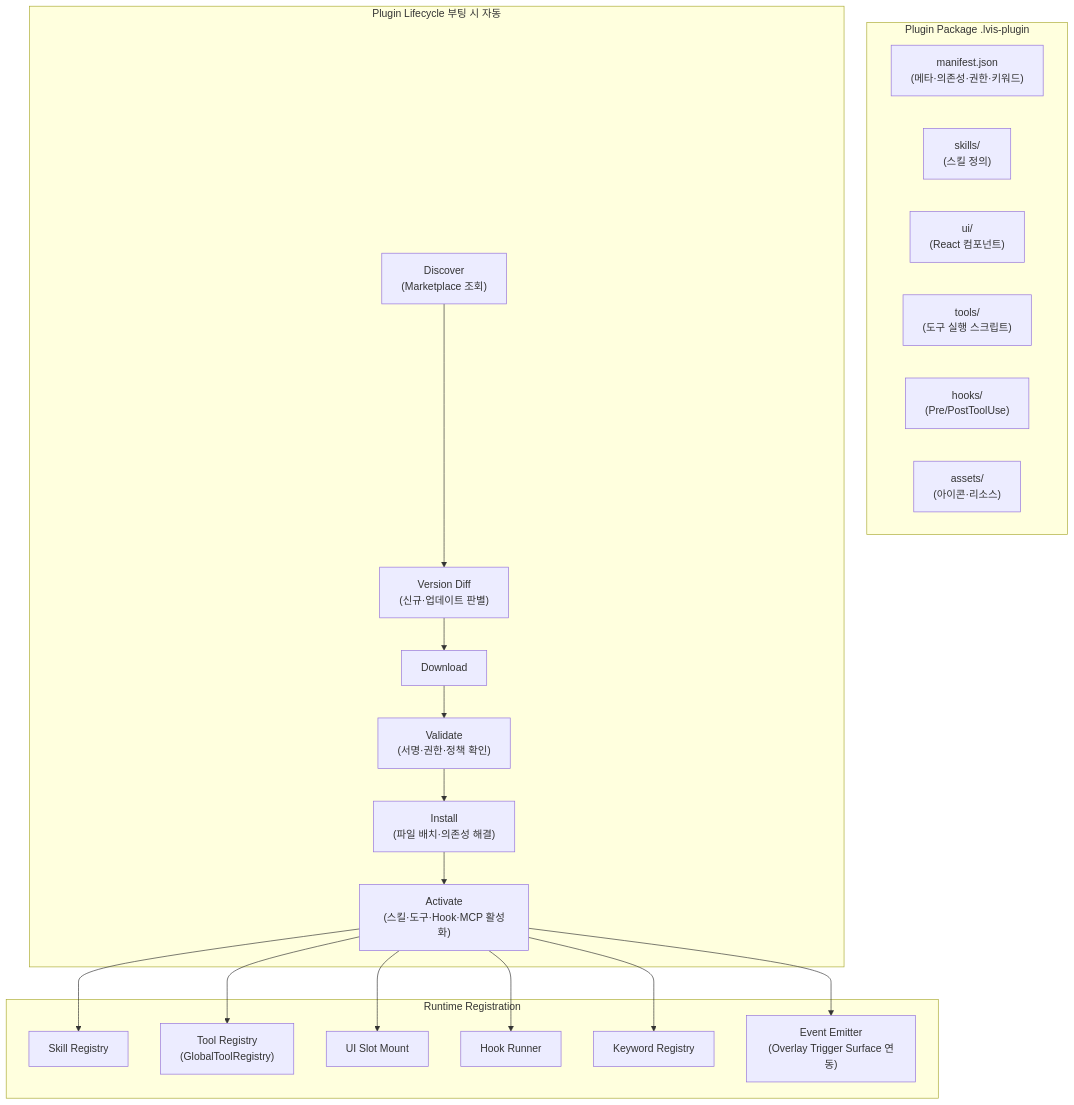
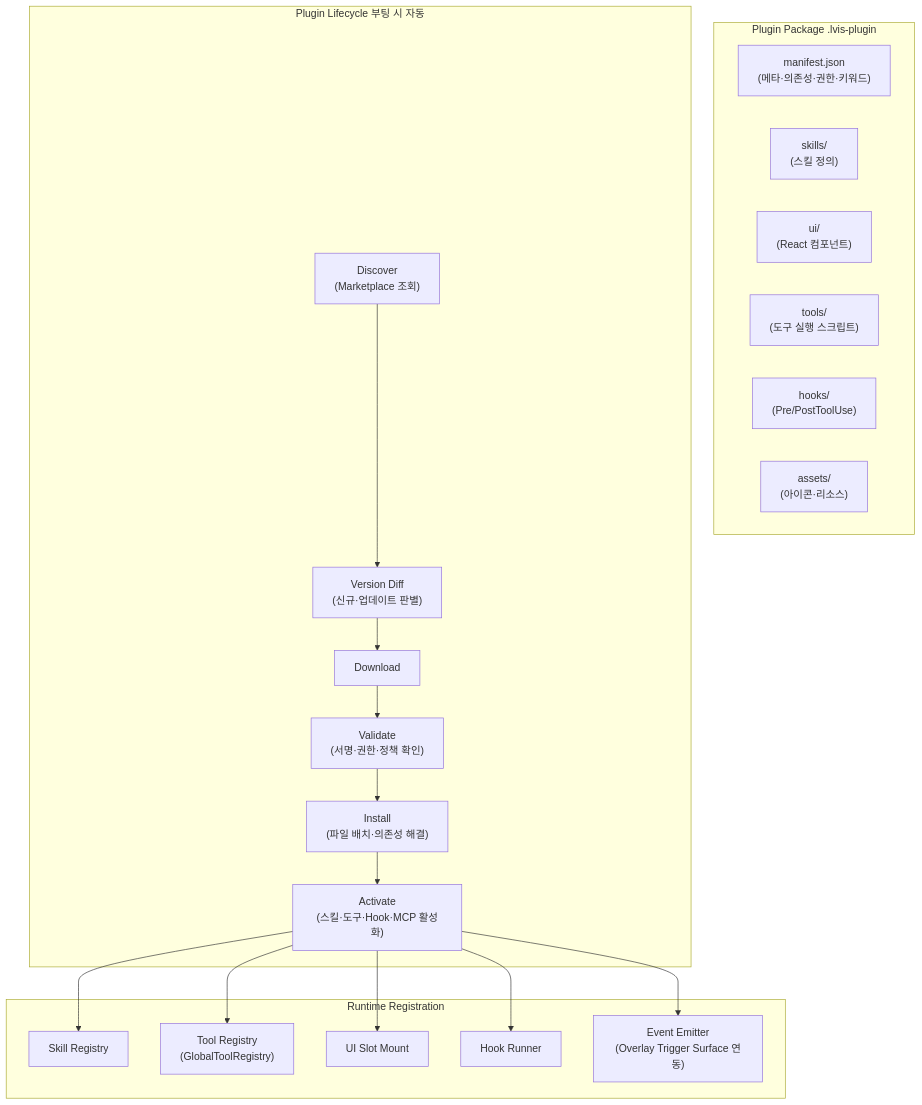
One commit to lvis-project/lvis-app changed diagram 27 of 44 in docs/ko/architecture/architecture.md. Above: the diagram before and after it, drawn with Mermaid. The commit also changed other lines of this file and 10 other files, not shown here.

````diff
--- a/docs/ko/architecture/architecture.md
+++ b/docs/ko/architecture/architecture.md
@@ -2946,38 +2931,36 @@
 ```mermaid
 graph TB
     subgraph "Plugin Package .lvis-plugin"
         MANIFEST["manifest.json<br/>(메타·의존성·권한·키워드)"]
         SKILLS["skills/<br/>(스킬 정의)"]
         UI_COMP["ui/<br/>(React 컴포넌트)"]
         TOOLS["tools/<br/>(도구 실행 스크립트)"]
         HOOKS["hooks/<br/>(Pre/PostToolUse)"]
         ASSETS["assets/<br/>(아이콘·리소스)"]
     end
 
     subgraph "Plugin Lifecycle 부팅 시 자동"
         DISCOVER["Discover<br/>(Marketplace 조회)"]
         DIFF["Version Diff<br/>(신규·업데이트 판별)"]
         DOWNLOAD["Download"]
         VALIDATE["Validate<br/>(서명·권한·정책 확인)"]
         INSTALL["Install<br/>(파일 배치·의존성 해결)"]
         ACTIVATE["Activate<br/>(스킬·도구·Hook·MCP 활성화)"]
 
         DISCOVER --> DIFF --> DOWNLOAD --> VALIDATE --> INSTALL --> ACTIVATE
     end
 
     subgraph "Runtime Registration"
         SKILL_REG["Skill Registry"]
         TOOL_REG["Tool Registry<br/>(GlobalToolRegistry)"]
         UI_MOUNT["UI Slot Mount"]
         HOOK_REG["Hook Runner"]
-        KW_REG["Keyword Registry"]
         EVENT_REG["Event Emitter<br/>(Overlay Trigger Surface 연동)"]
     end
 
     ACTIVATE --> SKILL_REG
     ACTIVATE --> TOOL_REG
     ACTIVATE --> UI_MOUNT
     ACTIVATE --> HOOK_REG
-    ACTIVATE --> KW_REG
     ACTIVATE --> EVENT_REG
 ```
````
